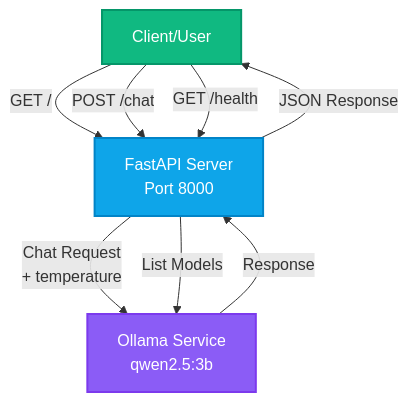
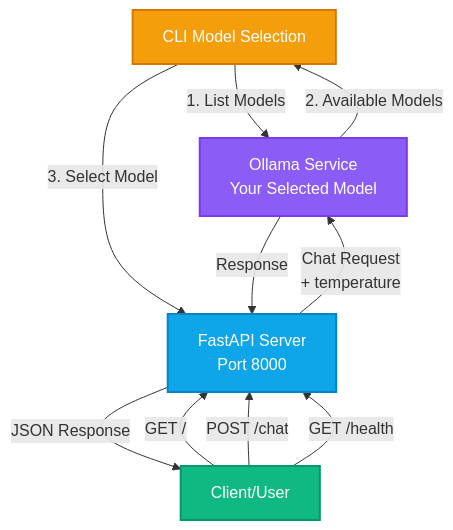
One commit to fsrodriguezm/local-llm-api changed the first of 2 diagrams in README.md. Above: the diagram before and after it, drawn with Mermaid. The commit also changed other lines of this file and 1 other file, not shown here.

Commit message:
auto detect model

````diff
--- a/README.md
+++ b/README.md
@@ -7,20 +17,25 @@
 ```mermaid
 graph TB
+    CLI[CLI Model Selection]
     Client[Client/User]
     FastAPI[FastAPI Server<br/>Port 8000]
-    Ollama[Ollama Service<br/>qwen2.5:3b]
-    
+    Ollama[Ollama Service<br/>Your Selected Model]
+
+    CLI -->|1. List Models| Ollama
+    Ollama -->|2. Available Models| CLI
+    CLI -->|3. Select Model| FastAPI
+
     Client -->|GET /| FastAPI
     Client -->|POST /chat| FastAPI
     Client -->|GET /health| FastAPI
-    
+
     FastAPI -->|Chat Request<br/>+ temperature| Ollama
-    FastAPI -->|List Models| Ollama
-    
+
     Ollama -->|Response| FastAPI
     FastAPI -->|JSON Response| Client
-    
+
     style FastAPI fill:#0ea5e9,stroke:#0284c7,stroke-width:2px,color:#fff
     style Ollama fill:#8b5cf6,stroke:#7c3aed,stroke-width:2px,color:#fff
     style Client fill:#10b981,stroke:#059669,stroke-width:2px,color:#fff
+    style CLI fill:#f59e0b,stroke:#d97706,stroke-width:2px,color:#fff
 ```
````
